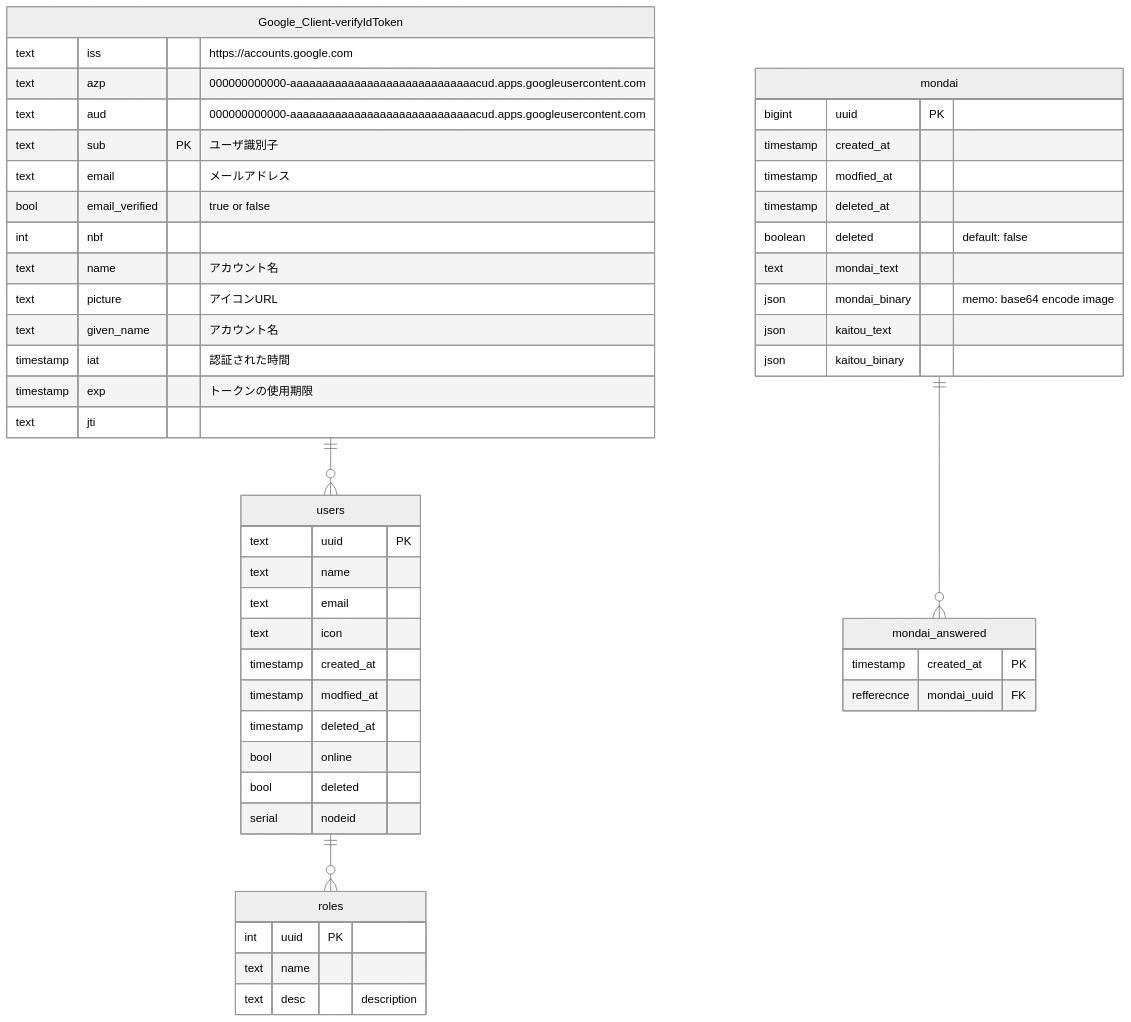
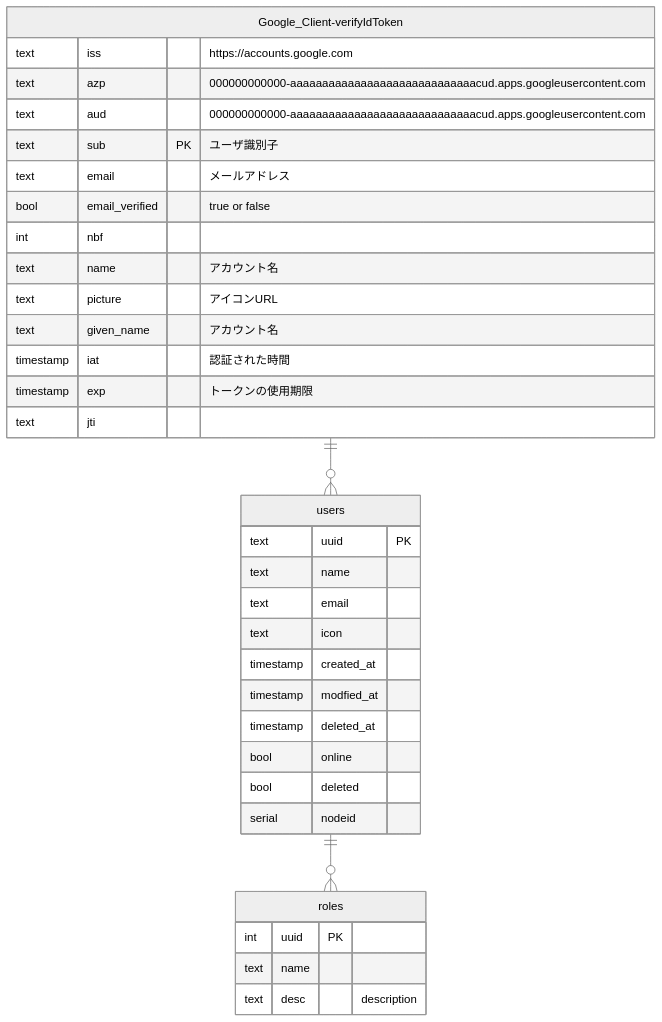
The first of 2 diagrams in README.md (n138-kz/denkou-kakomon-dotcom), drawn with Mermaid (neutral theme) before and after one commit.

Commit message:
E-R図 分割

````diff
--- a/README.md
+++ b/README.md
@@ -26,58 +28,40 @@
 ```mermaid
 erDiagram
 Google_Client-verifyIdToken ||--o{ users: ""
 users ||--o{ roles: "" 
-mondai ||--o{ mondai_answered: "" 
 
 Google_Client-verifyIdToken {
     text iss "https://accounts.google.com"
     text azp "000000000000-aaaaaaaaaaaaaaaaaaaaaaaaaaaaacud.apps.googleusercontent.com"
     text aud "000000000000-aaaaaaaaaaaaaaaaaaaaaaaaaaaaacud.apps.googleusercontent.com"
     text sub PK "ユーザ識別子"
     text email "メールアドレス"
     bool email_verified "true or false"
     int nbf
     text name "アカウント名"
     text picture "アイコンURL"
     text given_name "アカウント名"
     timestamp iat "認証された時間"
     timestamp exp "トークンの使用期限"
     text jti
 }
 
 users {
     text uuid PK
     text name
     text email
     text icon
     timestamp created_at
     timestamp modfied_at
     timestamp deleted_at
     bool online
     bool deleted 
     serial nodeid
 }
 
 roles {
     int uuid PK
     text name
     text desc "description"
 }
-
-mondai {
-    bigint uuid PK
-    timestamp created_at
-    timestamp modfied_at
-    timestamp deleted_at
-    boolean deleted "default: false"
-    text mondai_text
-    json mondai_binary "memo: base64 encode image"
-    json kaitou_text
-    json kaitou_binary
-}
-
-mondai_answered {
-    timestamp created_at PK
-    refferecnce mondai_uuid FK
-}
 ```
````
